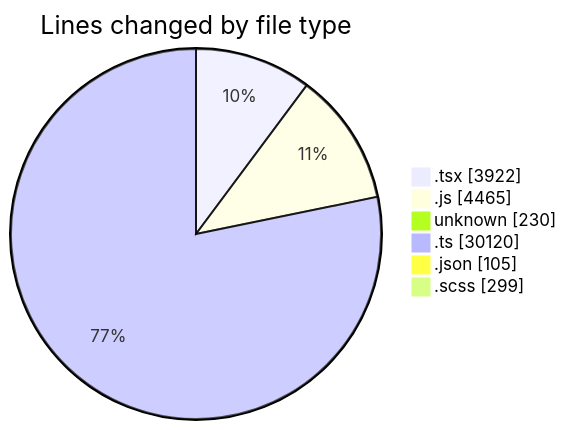
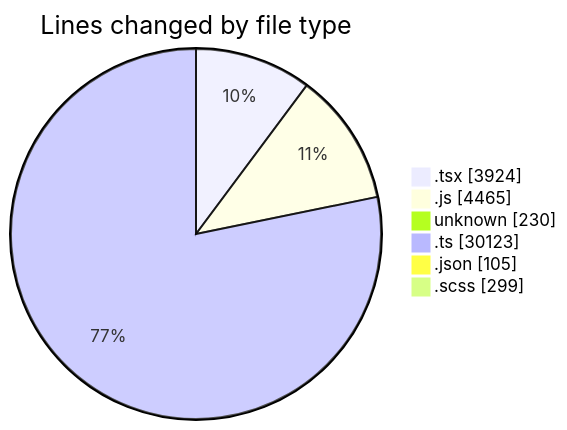
Before and after one commit to momahboobian/code-tracking: the first of 2 diagrams in 2026-05-06/cda/README.md, drawn with Mermaid. The commit also changed other lines of this file and 1 other file, not shown here.

````diff
--- a/2026-05-06/cda/README.md
+++ b/2026-05-06/cda/README.md
@@ -91,10 +91,10 @@
 ```mermaid
 pie showData
 title Lines changed by file type
-".tsx" : 3922
+".tsx" : 3924
 ".js" : 4465
 "unknown" : 230
-".ts" : 30120
+".ts" : 30123
 ".json" : 105
 ".scss" : 299
 ```
````
